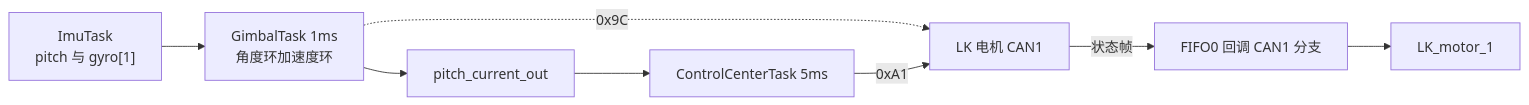
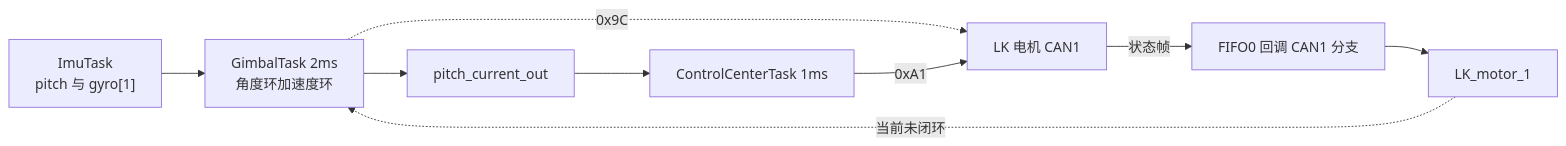
One commit to TC635807/TC63PersonalWebsite changed the first of 2 diagrams in docs/03-CAN 与电机/04-LK电机/04-本项目应用.md. Above: the diagram before and after it, drawn with Mermaid. The commit also changed other lines of this file and 728 other files, not shown here.

````diff
--- a/docs/03-CAN 与电机/04-LK电机/04-本项目应用.md
+++ b/docs/03-CAN 与电机/04-LK电机/04-本项目应用.md
@@ -20,10 +30,11 @@
 ```mermaid
 flowchart LR
-  IMU["ImuTask<br/>pitch 与 gyro[1]"] --> G["GimbalTask 1ms<br/>角度环加速度环"]
+  IMU["ImuTask<br/>pitch 与 gyro[1]"] --> G["GimbalTask 2ms<br/>角度环加速度环"]
   G --> OUT["pitch_current_out"]
   G -.->|"0x9C"| LK["LK 电机 CAN1"]
-  OUT --> CC["ControlCenterTask 5ms"]
+  OUT --> CC["ControlCenterTask 1ms"]
   CC -->|"0xA1"| LK
   LK -->|"状态帧"| RX["FIFO0 回调 CAN1 分支"]
   RX --> ST["LK_motor_1"]
+  ST -.->|"当前未闭环"| G
 ```
````
